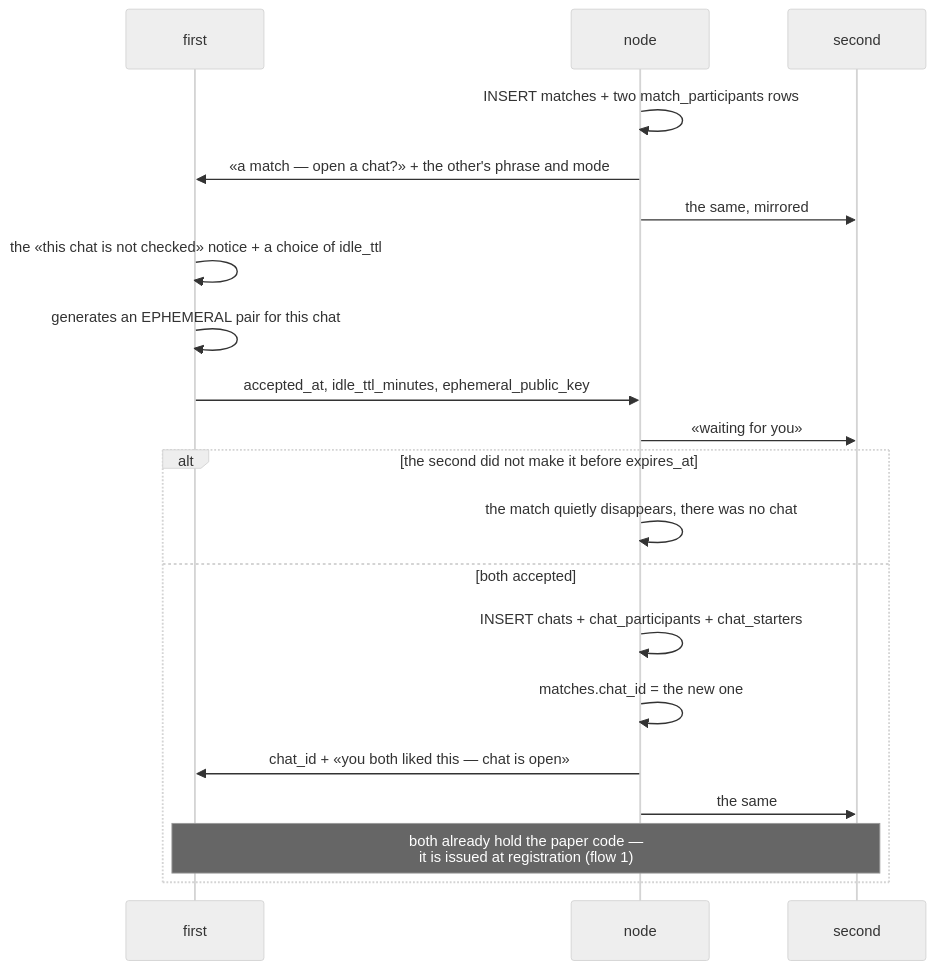
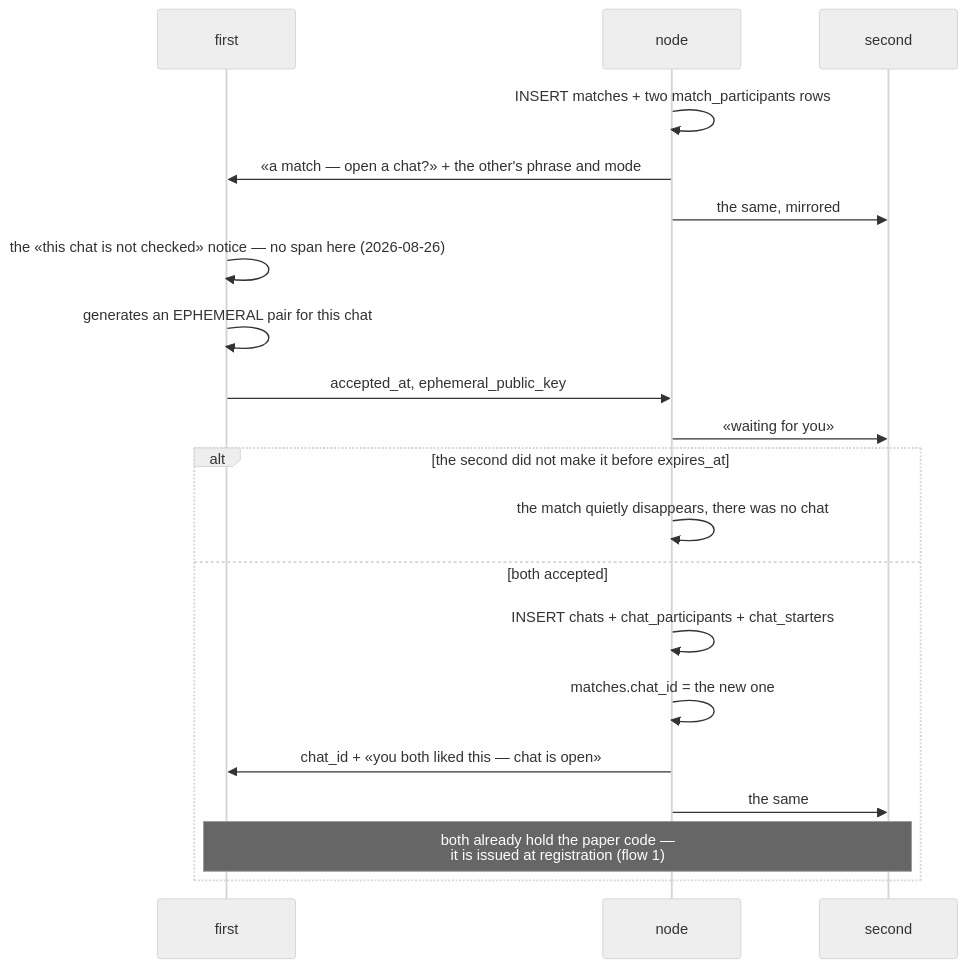
One commit to panov-id/xor.ad changed the tenth of 30 diagrams in docs/chat-flows_EN.md. Above: the diagram before and after it, drawn with Mermaid (neutral theme). The commit also changed other lines of this file and 8 other files, not shown here.

````diff
--- a/docs/chat-flows_EN.md
+++ b/docs/chat-flows_EN.md
@@ -357,22 +359,22 @@
 ```mermaid
 sequenceDiagram
   participant A as first
   participant N as node
   participant B as second
   N->>N: INSERT matches + two match_participants rows
   N->>A: «a match — open a chat?» + the other's phrase and mode
   N->>B: the same, mirrored
-  A->>A: the «this chat is not checked» notice + a choice of idle_ttl
+  A->>A: the «this chat is not checked» notice — no span here #40;2026-08-26#41;
   A->>A: generates an EPHEMERAL pair for this chat
-  A->>N: accepted_at, idle_ttl_minutes, ephemeral_public_key
+  A->>N: accepted_at, ephemeral_public_key
   N->>B: «waiting for you»
   alt the second did not make it before expires_at
     N->>N: the match quietly disappears, there was no chat
   else both accepted
     N->>N: INSERT chats + chat_participants + chat_starters
     N->>N: matches.chat_id = the new one
     N->>A: chat_id + «you both liked this — chat is open»
     N->>B: the same
     Note over A,B: both already hold the paper code —<br/>it is issued at registration #40;flow 1#41;
   end
 ```
````
